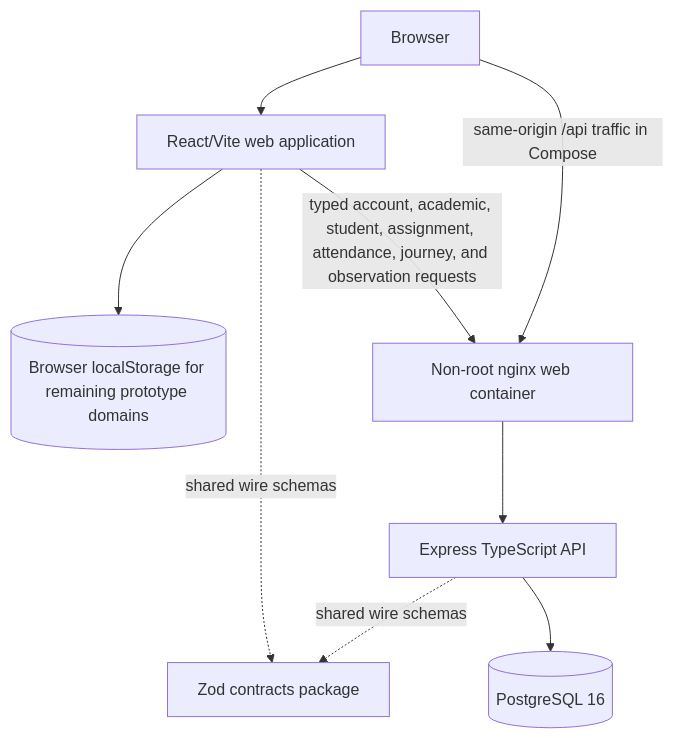
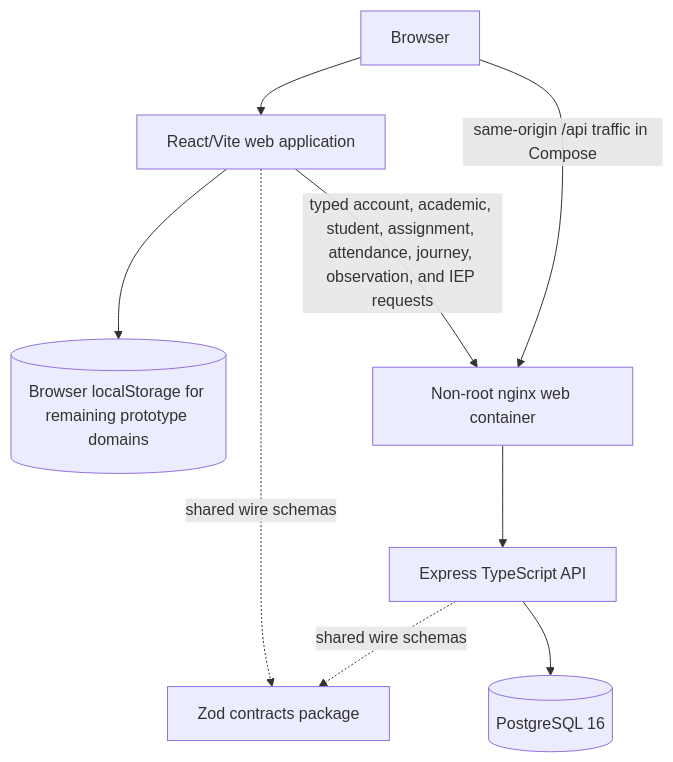
Before and after one commit to MWS-MAD-Labs/MWS-Learnspace: the diagram in README.md, drawn with Mermaid. The commit also changed other lines of this file and 30 other files, not shown here.

````diff
--- a/README.md
+++ b/README.md
@@ -33,11 +33,11 @@
 ```mermaid
 flowchart TB
     Browser[Browser] --> Web[React/Vite web application]
     Web --> LocalStorage[(Browser localStorage for remaining prototype domains)]
-    Web -->|typed account, academic, student, assignment, attendance, journey, and observation requests| Proxy
+    Web -->|typed account, academic, student, assignment, attendance, journey, observation, and IEP requests| Proxy
     Browser -->|same-origin /api traffic in Compose| Proxy[Non-root nginx web container]
     Proxy --> API[Express TypeScript API]
     API --> DB[(PostgreSQL 16)]
     Web -. shared wire schemas .-> Contracts[Zod contracts package]
     API -. shared wire schemas .-> Contracts
 ```
````
